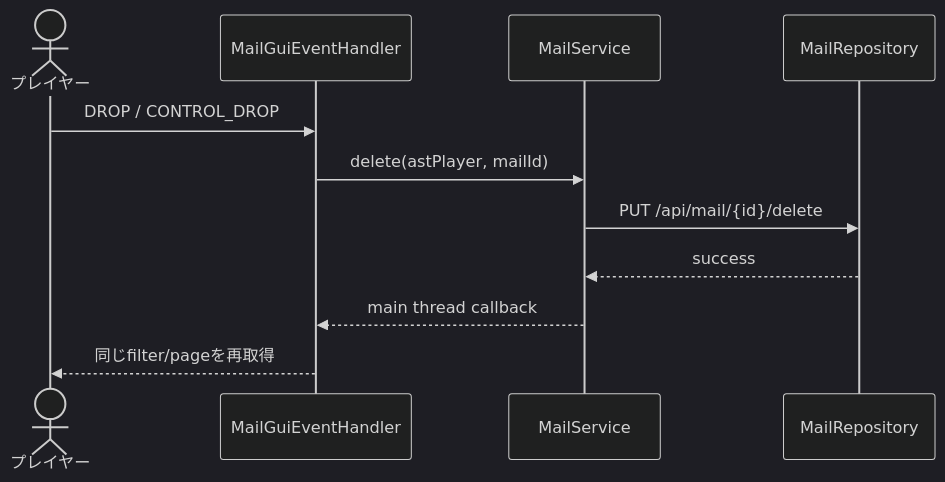
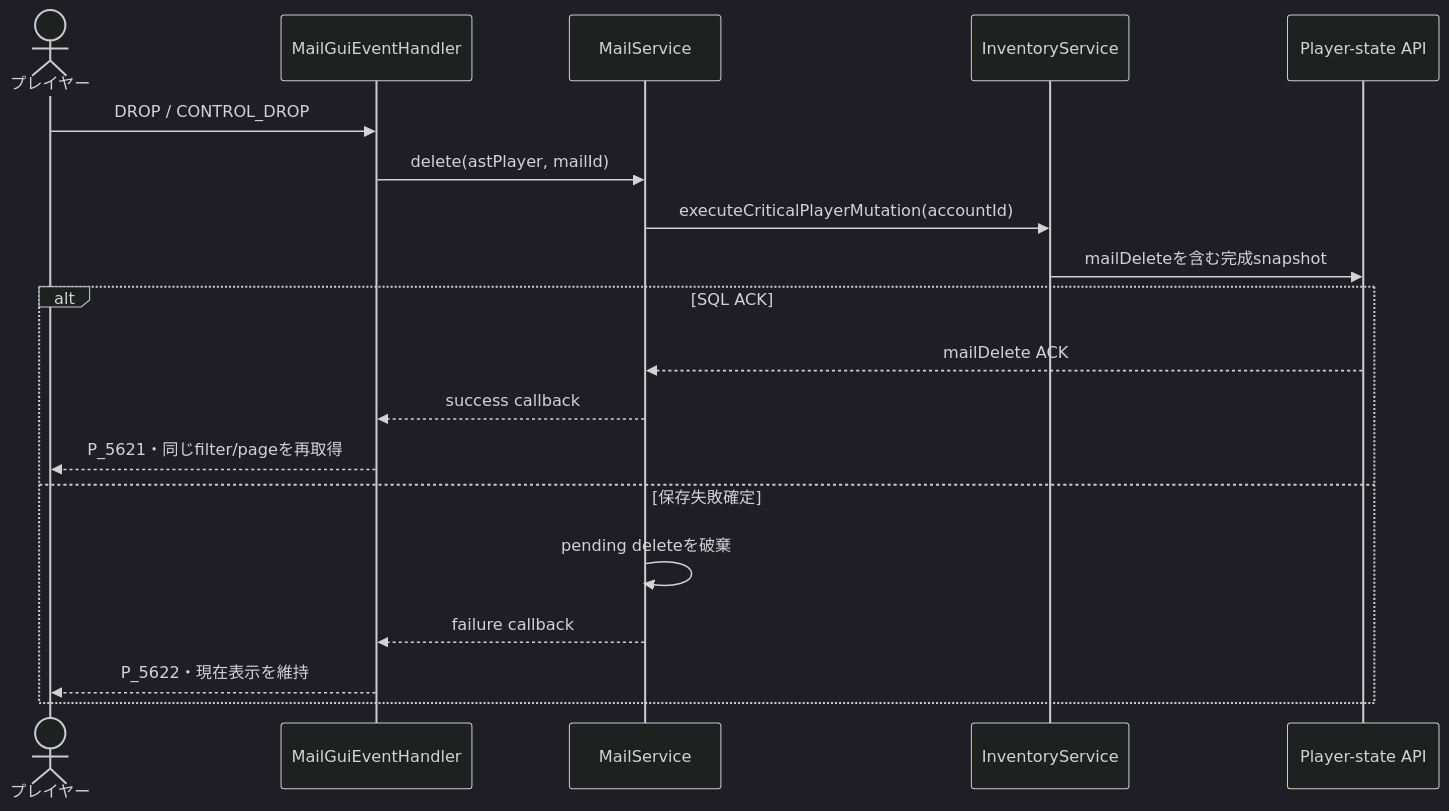
One commit to maaasu/AstralRecord-Workspace changed the third of 3 diagrams in 00_docs/10_Plugin設計書/feature/18-mail/18_4-統合フロー.md. Above: the diagram before and after it, drawn with Mermaid (dark theme). The commit also changed other lines of this file and 213 other files, not shown here.

````diff
--- a/00_docs/10_Plugin設計書/feature/18-mail/18_4-統合フロー.md
+++ b/00_docs/10_Plugin設計書/feature/18-mail/18_4-統合フロー.md
@@ -108,13 +80,21 @@
 ```mermaid
 sequenceDiagram
     actor Player as プレイヤー
     participant Handler as MailGuiEventHandler
     participant Service as MailService
-    participant Repo as MailRepository
+    participant Inventory as InventoryService
+    participant API as Player-state API
     Player->>Handler: DROP / CONTROL_DROP
     Handler->>Service: delete(astPlayer, mailId)
-    Service->>Repo: PUT /api/mail/{id}/delete
-    Repo-->>Service: success
-    Service-->>Handler: main thread callback
-    Handler-->>Player: 同じfilter/pageを再取得
+    Service->>Inventory: executeCriticalPlayerMutation(accountId)
+    Inventory->>API: mailDeleteを含む完成snapshot
+    alt SQL ACK
+        API-->>Service: mailDelete ACK
+        Service-->>Handler: success callback
+        Handler-->>Player: P_5621・同じfilter/pageを再取得
+    else 保存失敗確定
+        Service->>Service: pending deleteを破棄
+        Service-->>Handler: failure callback
+        Handler-->>Player: P_5622・現在表示を維持
+    end
 ```
````
